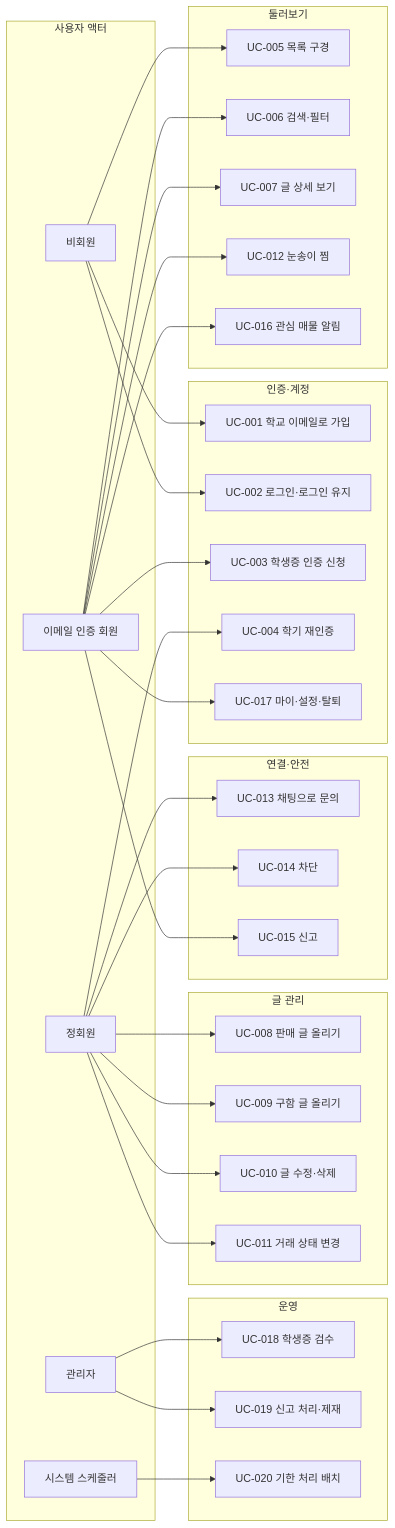
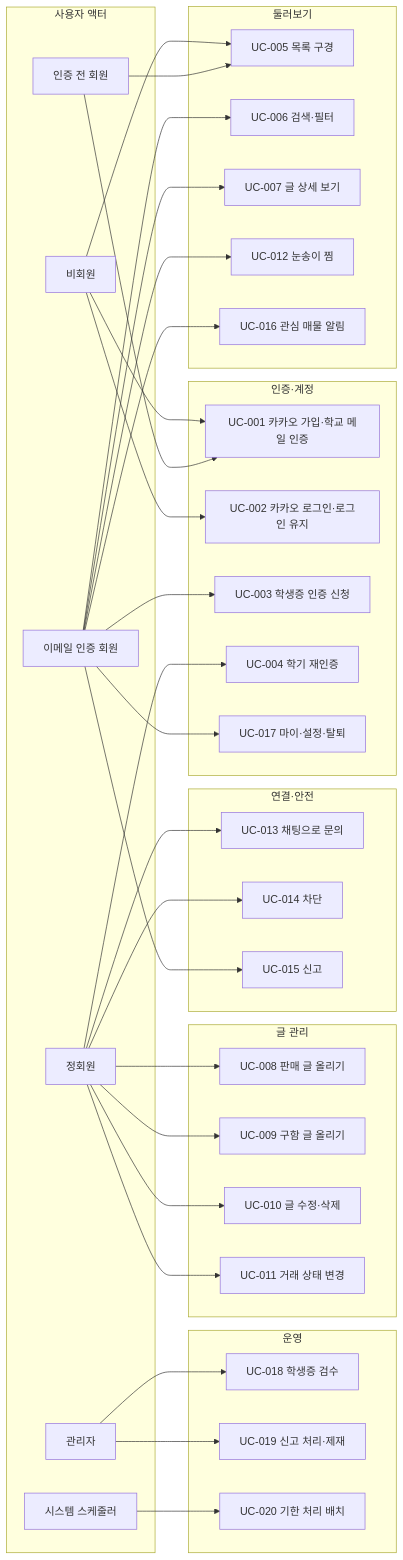
One commit to yuna14742/sookbak-sookbak changed the first of 3 diagrams in waterfall/01-요구사항분석/유스케이스명세서.md. Above: the diagram before and after it, drawn with Mermaid. The commit also changed other lines of this file and 4 other files, not shown here.

First line of the commit message:
문서: 카카오 로그인(인증 2단계 유지)과 숙대 근처 아닌 곳 동네 이름만 표시 반영

````diff
--- a/waterfall/01-요구사항분석/유스케이스명세서.md
+++ b/waterfall/01-요구사항분석/유스케이스명세서.md
@@ -43,66 +43,69 @@
 ```mermaid
 flowchart LR
     subgraph Actors["사용자 액터"]
         GUEST["비회원"]
+        KAKAO["인증 전 회원"]
         EMAIL["이메일 인증 회원"]
         MEMBER["정회원"]
         ADMIN["관리자"]
         SYS["시스템 스케줄러"]
     end
 
     subgraph AUTH["인증·계정"]
-        UC001["UC-001 학교 이메일로 가입"]
-        UC002["UC-002 로그인·로그인 유지"]
+        UC001["UC-001 카카오 가입·학교 메일 인증"]
+        UC002["UC-002 카카오 로그인·로그인 유지"]
         UC003["UC-003 학생증 인증 신청"]
         UC004["UC-004 학기 재인증"]
         UC017["UC-017 마이·설정·탈퇴"]
     end
 
     subgraph BROWSE["둘러보기"]
         UC005["UC-005 목록 구경"]
         UC006["UC-006 검색·필터"]
         UC007["UC-007 글 상세 보기"]
         UC012["UC-012 눈송이 찜"]
         UC016["UC-016 관심 매물 알림"]
     end
 
     subgraph POST["글 관리"]
         UC008["UC-008 판매 글 올리기"]
         UC009["UC-009 구함 글 올리기"]
         UC010["UC-010 글 수정·삭제"]
         UC011["UC-011 거래 상태 변경"]
     end
 
     subgraph TALK["연결·안전"]
         UC013["UC-013 채팅으로 문의"]
         UC014["UC-014 차단"]
         UC015["UC-015 신고"]
     end
 
     subgraph OPS["운영"]
         UC018["UC-018 학생증 검수"]
         UC019["UC-019 신고 처리·제재"]
         UC020["UC-020 기한 처리 배치"]
     end
 
     GUEST --> UC001
     GUEST --> UC002
     GUEST --> UC005
+    KAKAO --> UC001
+    KAKAO --> UC005
     EMAIL --> UC003
     EMAIL --> UC006
     EMAIL --> UC007
     EMAIL --> UC012
     EMAIL --> UC016
     EMAIL --> UC015
     EMAIL --> UC017
     MEMBER --> UC004
     MEMBER --> UC008
     MEMBER --> UC009
     MEMBER --> UC010
     MEMBER --> UC011
     MEMBER --> UC013
     MEMBER --> UC014
     ADMIN --> UC018
     ADMIN --> UC019
     SYS --> UC020
 ```
````
